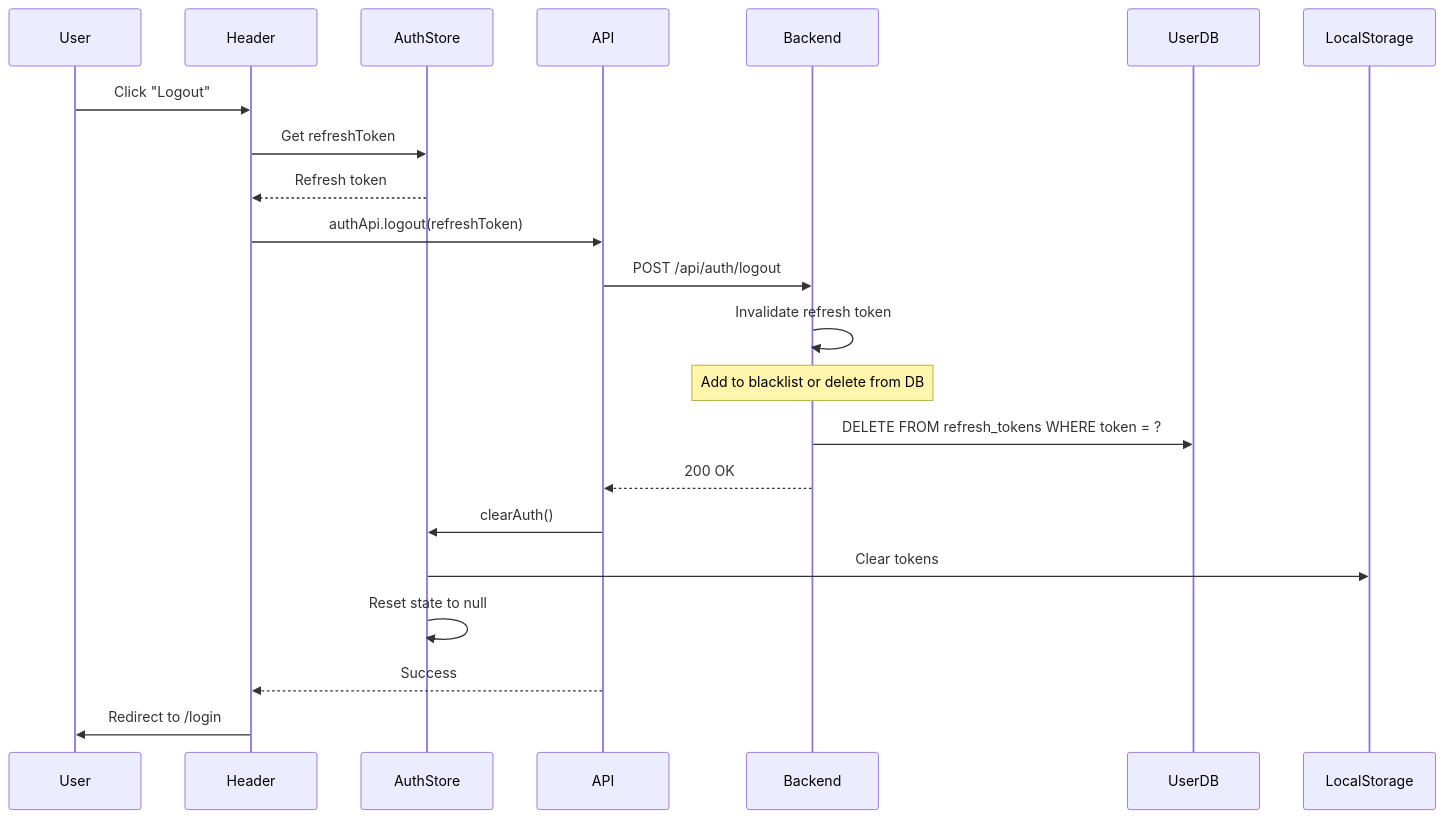
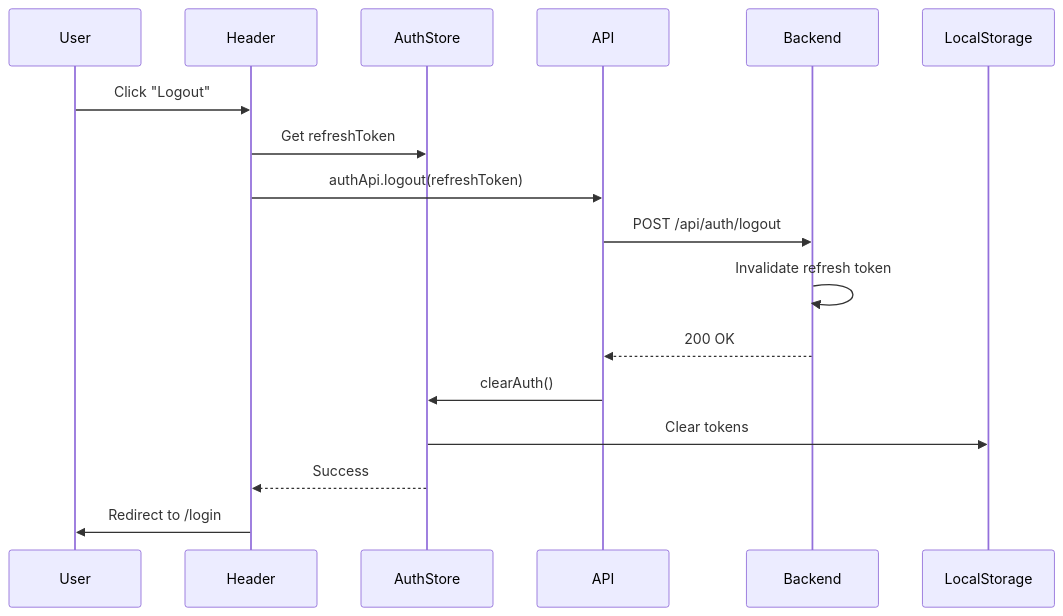
One commit to darkraise/flashpoint-web changed the sixth of 7 diagrams in docs/02-architecture/authentication-flow.md. Above: the diagram before and after it, drawn with Mermaid. The commit also changed other lines of this file and 98 other files, not shown here.

````diff
--- a/docs/02-architecture/authentication-flow.md
+++ b/docs/02-architecture/authentication-flow.md
@@ -529,29 +331,20 @@
 ```mermaid
 sequenceDiagram
     participant User
     participant Header
     participant AuthStore
     participant API
     participant Backend
-    participant UserDB
 
     User->>Header: Click "Logout"
     Header->>AuthStore: Get refreshToken
-    AuthStore-->>Header: Refresh token
-
     Header->>API: authApi.logout(refreshToken)
     API->>Backend: POST /api/auth/logout
-
     Backend->>Backend: Invalidate refresh token
-    Note over Backend: Add to blacklist or delete from DB
-
-    Backend->>UserDB: DELETE FROM refresh_tokens WHERE token = ?
     Backend-->>API: 200 OK
 
     API->>AuthStore: clearAuth()
     AuthStore->>LocalStorage: Clear tokens
-    AuthStore->>AuthStore: Reset state to null
-
-    API-->>Header: Success
+    AuthStore-->>Header: Success
     Header->>User: Redirect to /login
 ```
````
